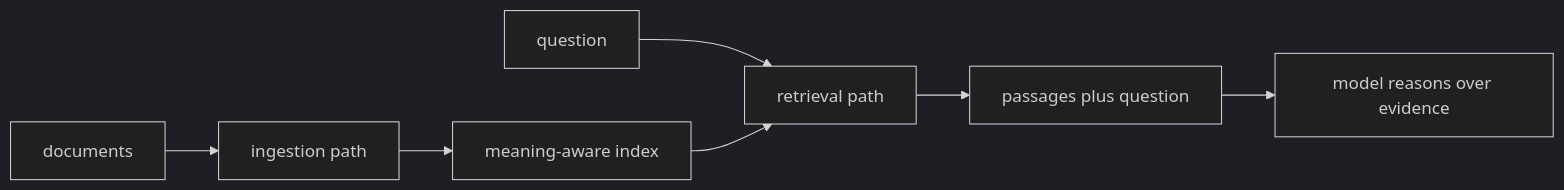
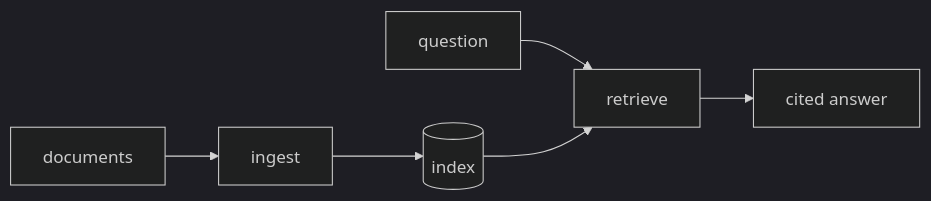
The diagram in apps/digithings-web/content/book/17-digisearch/index.mdx (digithings-ai/digithings), drawn with Mermaid (dark theme) before and after one commit. The commit also changed other lines of this file and 75 other files, not shown here.

````diff
--- a/apps/digithings-web/content/book/17-digisearch/index.mdx
+++ b/apps/digithings-web/content/book/17-digisearch/index.mdx
@@ -34,9 +26,8 @@
-```mermaid
+```mermaid two paths share an index but never logic: indexing cannot change how a question is answered
 flowchart LR
-  DOC[documents] --> ING[ingestion path]
-  ING --> IDX[meaning-aware index]
-  Q[question] --> RET[retrieval path]
+  DOC[documents] --> ING[ingest]
+  ING --> IDX[(index)]
+  Q[question] --> RET[retrieve]
   IDX --> RET
-  RET --> PASS[passages plus question]
-  PASS --> MODEL[model reasons over evidence]
+  RET --> ANS[cited answer]
 ```
````
